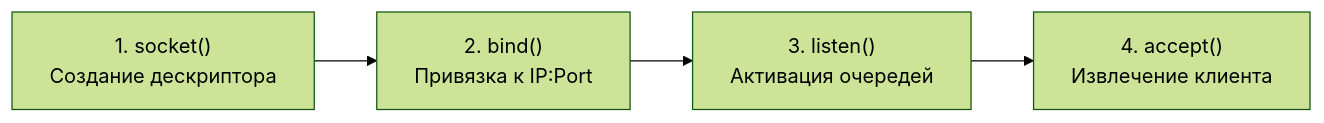
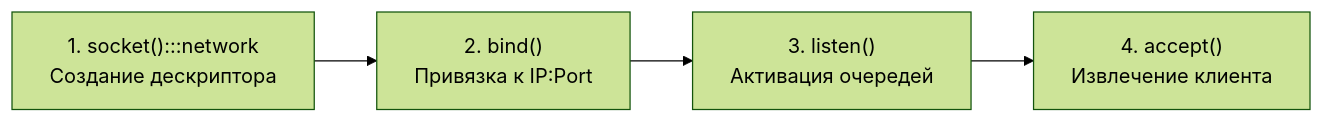
The second of 4 diagrams in sources/2. Устройство и работа ОС/48. Socket API и жизненный цикл TCP-соединения.md (UnrealTemplier/go-textbook), drawn with Mermaid (forest theme) before and after one commit. The commit also changed other lines of this file and 1666 other files, not shown here.

First line of the commit message:
feat(mermaid): add semantic color classDef to 1369 colorless flowchart/graph diagrams

````diff
--- a/sources/2. Устройство и работа ОС/48. Socket API и жизненный цикл TCP-соединения.md
+++ b/sources/2. Устройство и работа ОС/48. Socket API и жизненный цикл TCP-соединения.md
@@ -48,10 +58,20 @@
 ```mermaid
 flowchart LR
-    S1["1. socket()
+    classDef process  fill:#1e293b,stroke:#38bdf8,stroke-width:1px,color:#f8fafc
+    classDef success  fill:#064e3b,stroke:#34d399,stroke-width:1px,color:#f8fafc
+    classDef error    fill:#7f1d1d,stroke:#f87171,stroke-width:1px,color:#f8fafc
+    classDef warning  fill:#78350f,stroke:#fbbf24,stroke-width:1px,color:#f8fafc
+    classDef entry    fill:#1e3a5f,stroke:#38bdf8,stroke-width:2px,color:#f8fafc
+    classDef aux      fill:#334155,stroke:#64748b,stroke-width:1px,color:#f8fafc
+    classDef system   fill:#312e81,stroke:#a78bfa,stroke-width:1px,color:#f8fafc
+    classDef data     fill:#132d29,stroke:#2dd4bf,stroke-width:1px,color:#f8fafc
+    classDef network  fill:#881337,stroke:#fb7185,stroke-width:1px,color:#f8fafc
+    classDef accent   fill:#1e1b4b,stroke:#818cf8,stroke-width:1px,color:#f8fafc
+    S1["1. socket():::network
 Создание дескриптора"] --> S2["2. bind()
 Привязка к IP:Port"]
     S2 --> S3["3. listen()
 Активация очередей"]
     S3 --> S4["4. accept()
 Извлечение клиента"]
 ```
````
